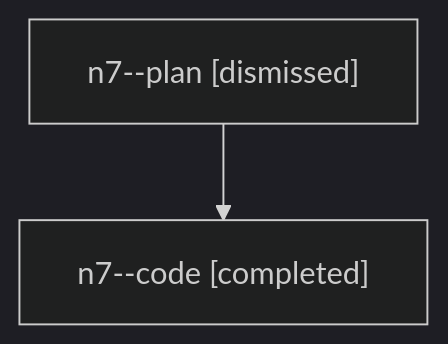
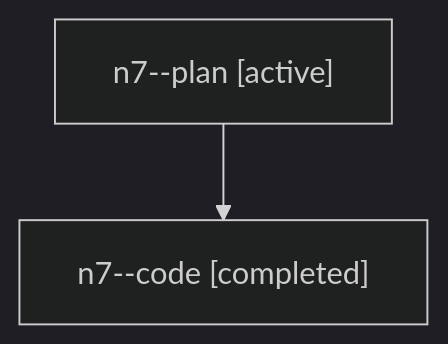
The diagram in families/bbugyi200.athena.n7.md (sase-org/sase--agents), drawn with Mermaid (dark theme) before and after one commit. The commit also changed other lines of this file and 5813 other files, not shown here.

````diff
--- a/families/bbugyi200.athena.n7.md
+++ b/families/bbugyi200.athena.n7.md
@@ -9,6 +9,6 @@
 ```mermaid
 flowchart TD
-  n0["n7--plan [dismissed]"]
+  n0["n7--plan [active]"]
   n1["n7--code [completed]"]
   n0 --> n1
 ```
````
